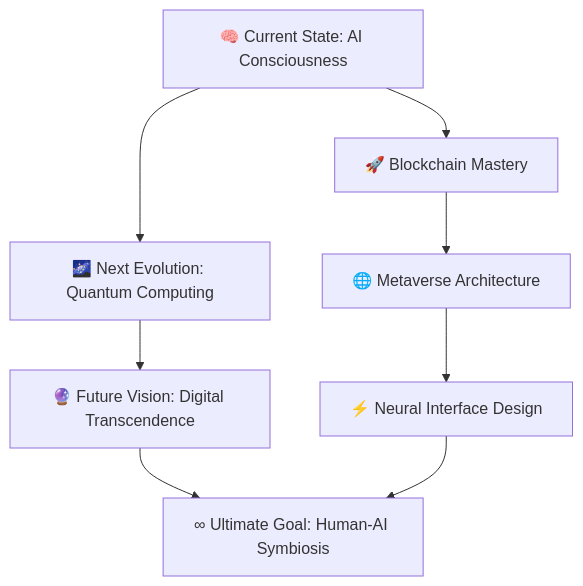
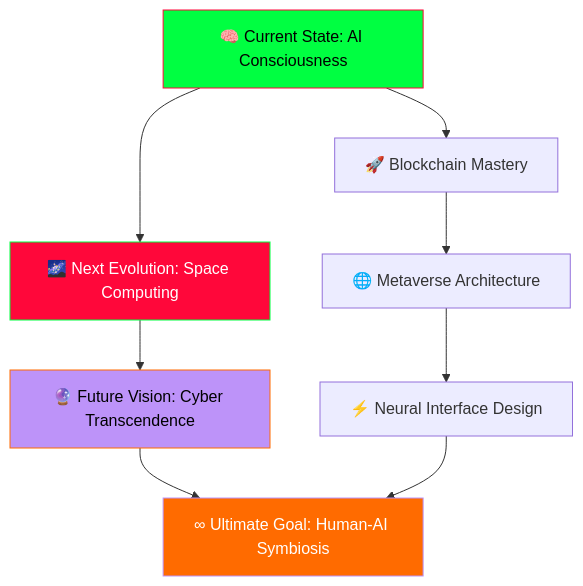
The diagram in README.md (Janakiraman1021/Janakiraman1021), drawn with Mermaid before and after one commit. The commit also changed other lines of this file, not shown here.

````diff
--- a/README.md
+++ b/README.md
@@ -279,11 +280,16 @@
 ```mermaid
 graph TD
-    A[🧠 Current State: AI Consciousness] --> B[🌌 Next Evolution: Quantum Computing]
-    B --> C[🔮 Future Vision: Digital Transcendence]
+    A[🧠 Current State: AI Consciousness] --> B[🌌 Next Evolution: Space Computing]
+    B --> C[🔮 Future Vision: Cyber Transcendence]
     C --> D[∞ Ultimate Goal: Human-AI Symbiosis]
     
     A --> E[🚀 Blockchain Mastery]
     E --> F[🌐 Metaverse Architecture]
     F --> G[⚡ Neural Interface Design]
     G --> D
+    
+    style A fill:#00ff41,stroke:#ff073a,color:#000
+    style B fill:#ff073a,stroke:#00ff41,color:#fff
+    style C fill:#bd93f9,stroke:#ff6b00,color:#000
+    style D fill:#ff6b00,stroke:#bd93f9,color:#fff
 ```
````
